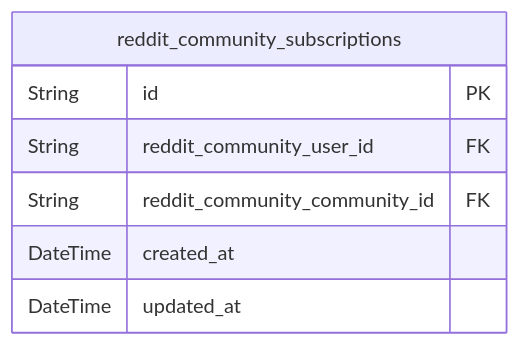
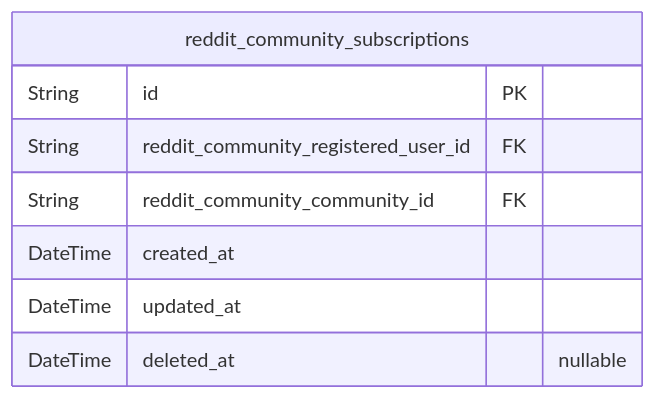
Before and after one commit to wrtnlabs/autobe-examples: the seventh of 9 diagrams in openai/gpt-4.1-mini/reddit/docs/ERD.md, drawn with Mermaid. The commit also changed other lines of this file and 22498 other files, not shown here.

````diff
--- a/openai/gpt-4.1-mini/reddit/docs/ERD.md
+++ b/openai/gpt-4.1-mini/reddit/docs/ERD.md
@@ -521,10 +538,11 @@
 ```mermaid
 erDiagram
 "reddit_community_subscriptions" {
   String id PK
-  String reddit_community_user_id FK
+  String reddit_community_registered_user_id FK
   String reddit_community_community_id FK
   DateTime created_at
   DateTime updated_at
+  DateTime deleted_at "nullable"
 }
 ```
````
